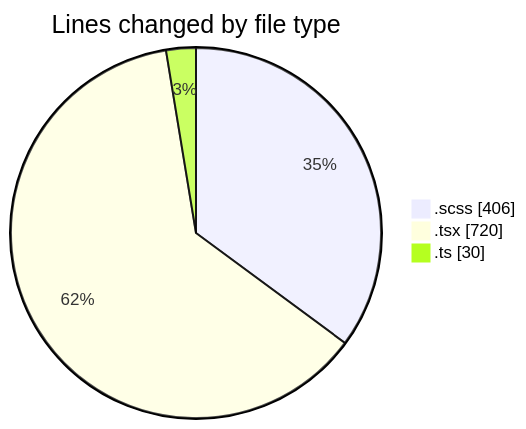
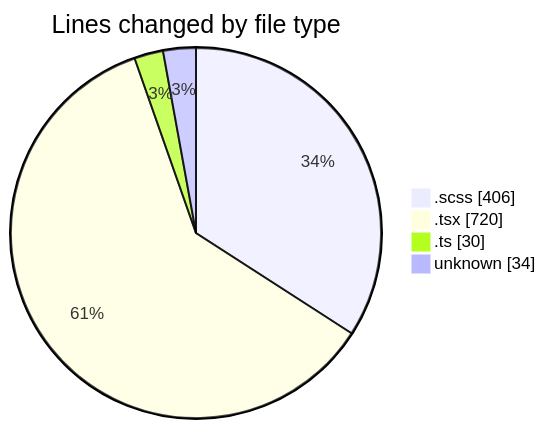
One commit to momahboobian/code-tracking changed the first of 2 diagrams in 2025-02-27/cda/README.md. Above: the diagram before and after it, drawn with Mermaid. The commit also changed other lines of this file and 1 other file, not shown here.

````diff
--- a/2025-02-27/cda/README.md
+++ b/2025-02-27/cda/README.md
@@ -30,7 +31,8 @@
 ```mermaid
 pie showData
 title Lines changed by file type
 ".scss" : 406
 ".tsx" : 720
 ".ts" : 30
+"unknown" : 34
 ```
````
